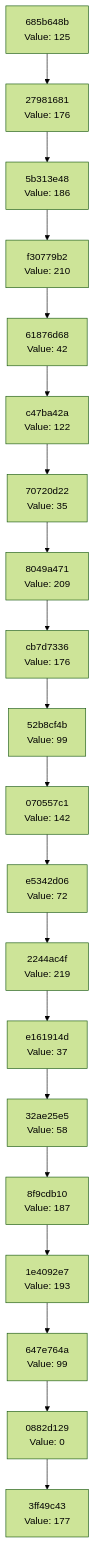
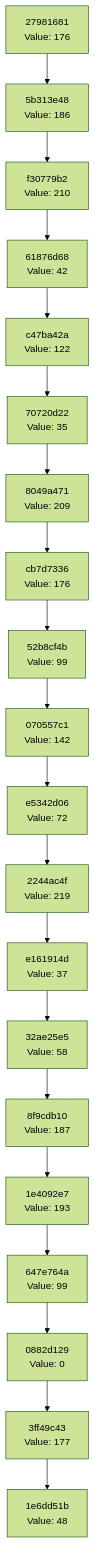
Before and after one commit to Abhisheksinha1506/hash-chain-evolver: the diagram in docs/CHAIN_VISUALIZATION.md, drawn with Mermaid (forest theme). The commit also changed 3 other files, not shown here.

````diff
--- a/docs/CHAIN_VISUALIZATION.md
+++ b/docs/CHAIN_VISUALIZATION.md
@@ -3,42 +3,42 @@
 ```mermaid
 graph TD
-    C0["3ff49c43<br/>Value: 177"]
-    C1["0882d129<br/>Value: 0"]
+    C0["1e6dd51b<br/>Value: 48"]
+    C1["3ff49c43<br/>Value: 177"]
     C1 --> C0
-    C2["647e764a<br/>Value: 99"]
+    C2["0882d129<br/>Value: 0"]
     C2 --> C1
-    C3["1e4092e7<br/>Value: 193"]
+    C3["647e764a<br/>Value: 99"]
     C3 --> C2
-    C4["8f9cdb10<br/>Value: 187"]
+    C4["1e4092e7<br/>Value: 193"]
     C4 --> C3
-    C5["32ae25e5<br/>Value: 58"]
+    C5["8f9cdb10<br/>Value: 187"]
     C5 --> C4
-    C6["e161914d<br/>Value: 37"]
+    C6["32ae25e5<br/>Value: 58"]
     C6 --> C5
-    C7["2244ac4f<br/>Value: 219"]
+    C7["e161914d<br/>Value: 37"]
     C7 --> C6
-    C8["e5342d06<br/>Value: 72"]
+    C8["2244ac4f<br/>Value: 219"]
     C8 --> C7
-    C9["070557c1<br/>Value: 142"]
+    C9["e5342d06<br/>Value: 72"]
     C9 --> C8
-    C10["52b8cf4b<br/>Value: 99"]
+    C10["070557c1<br/>Value: 142"]
     C10 --> C9
-    C11["cb7d7336<br/>Value: 176"]
+    C11["52b8cf4b<br/>Value: 99"]
     C11 --> C10
-    C12["8049a471<br/>Value: 209"]
+    C12["cb7d7336<br/>Value: 176"]
     C12 --> C11
-    C13["70720d22<br/>Value: 35"]
+    C13["8049a471<br/>Value: 209"]
     C13 --> C12
-    C14["c47ba42a<br/>Value: 122"]
+    C14["70720d22<br/>Value: 35"]
     C14 --> C13
-    C15["61876d68<br/>Value: 42"]
+    C15["c47ba42a<br/>Value: 122"]
     C15 --> C14
-    C16["f30779b2<br/>Value: 210"]
+    C16["61876d68<br/>Value: 42"]
     C16 --> C15
-    C17["5b313e48<br/>Value: 186"]
+    C17["f30779b2<br/>Value: 210"]
     C17 --> C16
-    C18["27981681<br/>Value: 176"]
+    C18["5b313e48<br/>Value: 186"]
     C18 --> C17
-    C19["685b648b<br/>Value: 125"]
+    C19["27981681<br/>Value: 176"]
     C19 --> C18
 ```
````
